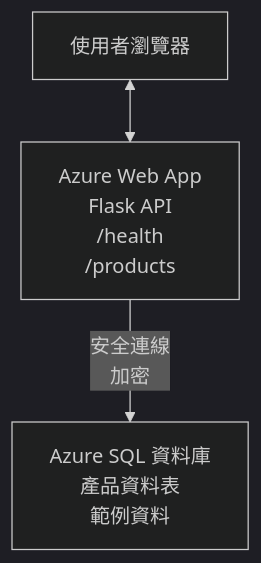
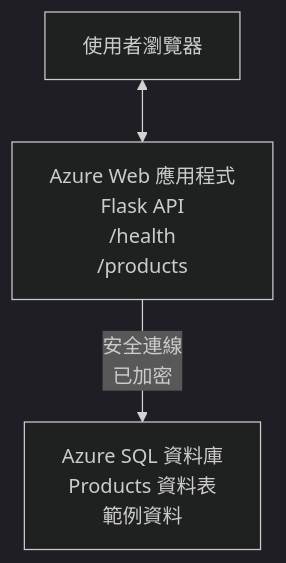
One commit to microsoft/AZD-for-beginners changed the diagram in translations/zh-TW/examples/database-app/README.md. Above: the diagram before and after it, drawn with Mermaid (dark theme). The commit also changed other lines of this file and 104 other files, not shown here.

````diff
--- a/translations/zh-TW/examples/database-app/README.md
+++ b/translations/zh-TW/examples/database-app/README.md
@@ -72,5 +72,5 @@
 ```mermaid
 graph TD
-    Browser[使用者瀏覽器] <--> WebApp[Azure Web App<br/>Flask API<br/>/health<br/>/products]
-    WebApp -- 安全連線<br/>加密 --> SQL[Azure SQL 資料庫<br/>產品資料表<br/>範例資料]
+    Browser[使用者瀏覽器] <--> WebApp[Azure Web 應用程式<br/>Flask API<br/>/health<br/>/products]
+    WebApp -- 安全連線<br/>已加密 --> SQL[Azure SQL 資料庫<br/>Products 資料表<br/>範例資料]
 ```
````
